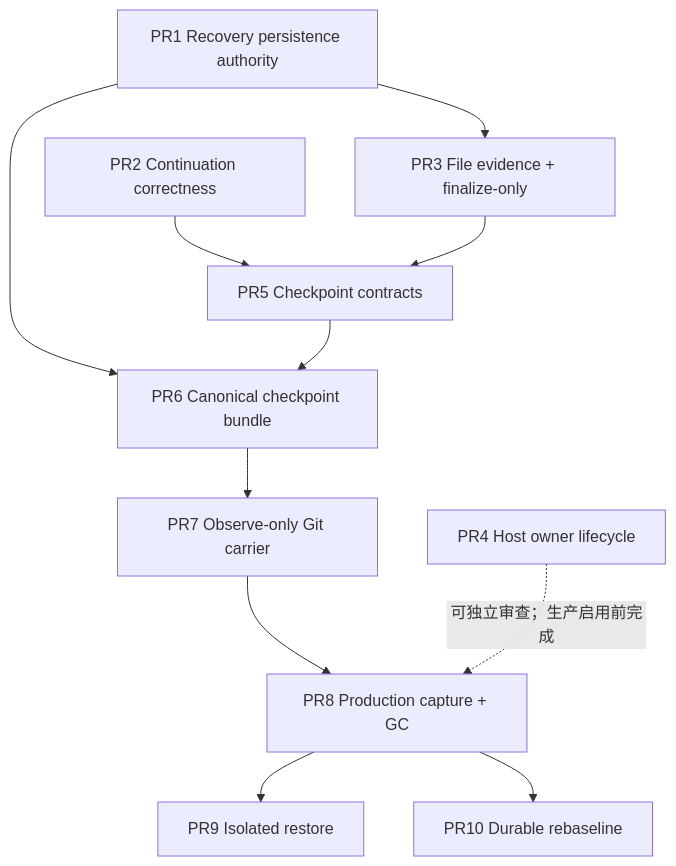
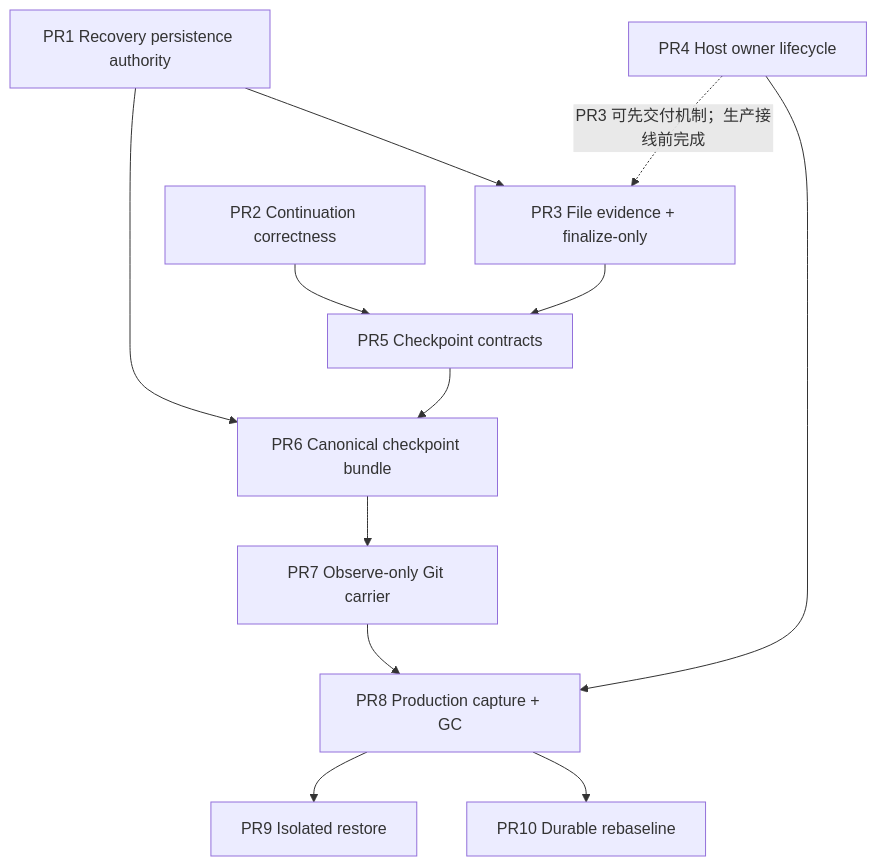
The second of 5 diagrams in docs/architecture/runtime-resume-phase3-phase4-workspace-checkpoint-design.zh-CN.md (zhiiw/maka-agent), drawn with Mermaid before and after one commit. The commit also changed other lines of this file and 1 other file, not shown here.

Commit message:
docs(runtime): harden phase 3 recovery roadmap

````diff
--- a/docs/architecture/runtime-resume-phase3-phase4-workspace-checkpoint-design.zh-CN.md
+++ b/docs/architecture/runtime-resume-phase3-phase4-workspace-checkpoint-design.zh-CN.md
@@ -55,24 +95,25 @@
 ```mermaid
 flowchart TD
     PR1["PR1 Recovery persistence authority"]
     PR2["PR2 Continuation correctness"]
     PR3["PR3 File evidence + finalize-only"]
     PR4["PR4 Host owner lifecycle"]
     PR5["PR5 Checkpoint contracts"]
     PR6["PR6 Canonical checkpoint bundle"]
     PR7["PR7 Observe-only Git carrier"]
     PR8["PR8 Production capture + GC"]
     PR9["PR9 Isolated restore"]
     PR10["PR10 Durable rebaseline"]
 
     PR1 --> PR3
     PR1 --> PR6
     PR2 --> PR5
     PR3 --> PR5
     PR5 --> PR6
     PR6 --> PR7
     PR7 --> PR8
     PR8 --> PR9
     PR8 --> PR10
-    PR4 -.->|"可独立审查；生产启用前完成"| PR8
+    PR4 -.->|"PR3 可先交付机制；生产接线前完成"| PR3
+    PR4 --> PR8
 ```
````
